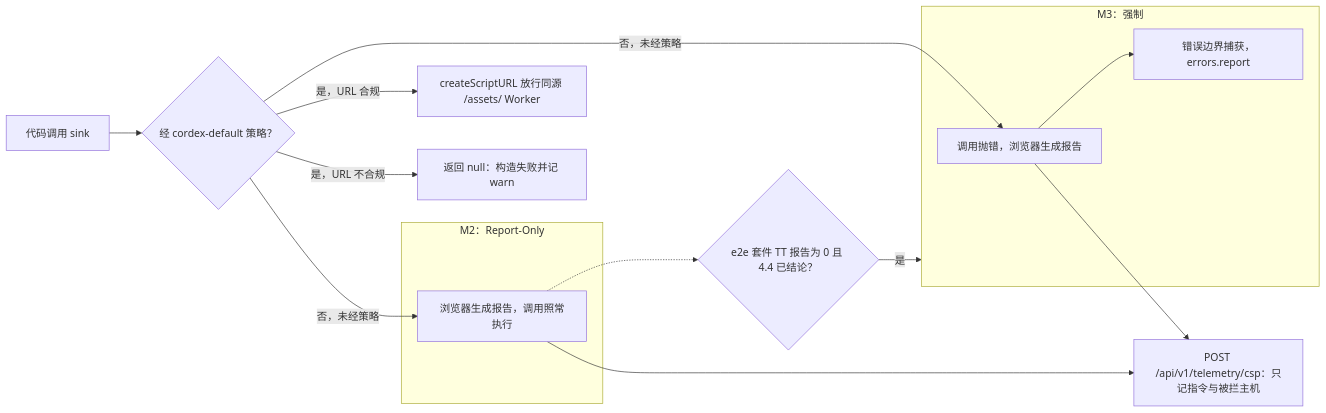
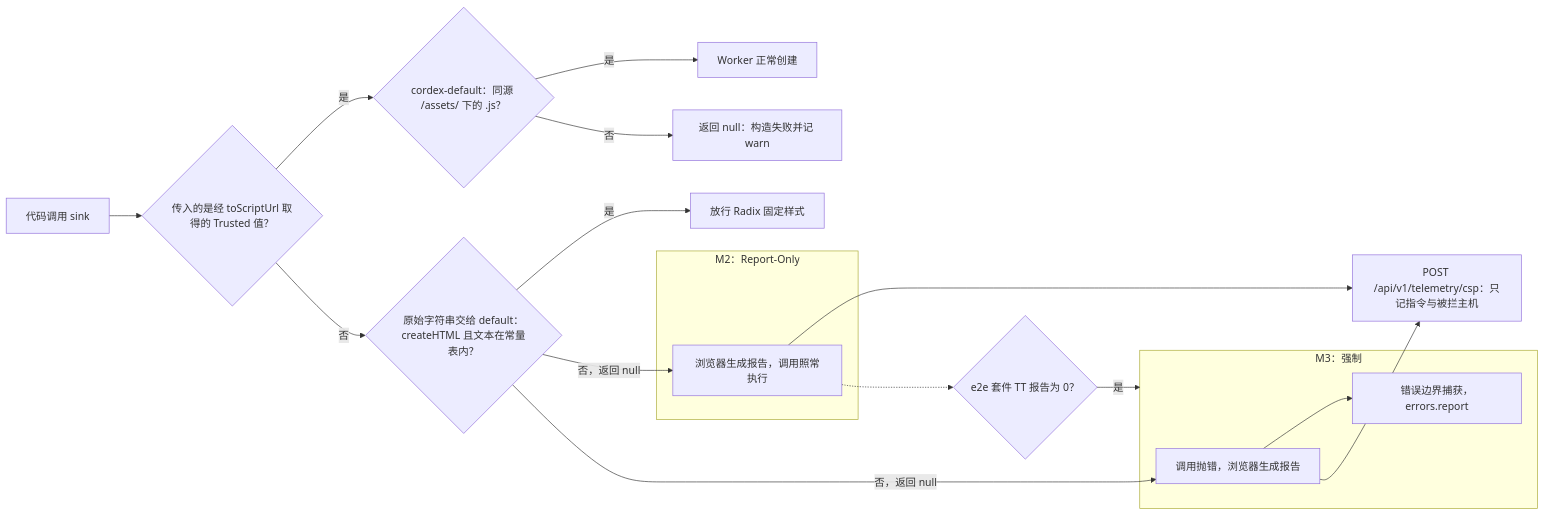
Before and after one commit to Xeonice/cordis-ppt-editor: the third of 5 diagrams in docs/50-frontend/14-client-security.md, drawn with Mermaid. The commit also changed other lines of this file and 31 other files, not shown here.

````diff
--- a/docs/50-frontend/14-client-security.md
+++ b/docs/50-frontend/14-client-security.md
@@ -293,26 +302,32 @@
 ```mermaid
 flowchart LR
   code["代码调用 sink"]
-  policy{"经 cordex-default 策略？"}
-  ok["createScriptURL 放行同源 /assets/ Worker"]
+  typed{"传入的是经 toScriptUrl 取得的 Trusted 值？"}
+  cd{"cordex-default：同源 /assets/ 下的 .js？"}
+  ok["Worker 正常创建"]
   none["返回 null：构造失败并记 warn"]
+  dflt{"原始字符串交给 default：createHTML 且文本在常量表内？"}
+  okd["放行 Radix 固定样式"]
   subgraph m2["M2：Report-Only"]
     rep2["浏览器生成报告，调用照常执行"]
   end
   subgraph m3["M3：强制"]
     rep3["调用抛错，浏览器生成报告"]
     boundary["错误边界捕获，errors.report"]
   end
   endpoint["POST /api/v1/telemetry/csp：只记指令与被拦主机"]
-  gate{"e2e 套件 TT 报告为 0 且 4.4 已结论？"}
-  code --> policy
-  policy -->|"是，URL 合规"| ok
-  policy -->|"是，URL 不合规"| none
-  policy -->|"否，未经策略"| rep2
-  policy -->|"否，未经策略"| rep3
+  gate{"e2e 套件 TT 报告为 0？"}
+  code --> typed
+  typed -->|"是"| cd
+  cd -->|"是"| ok
+  cd -->|"否"| none
+  typed -->|"否"| dflt
+  dflt -->|"是"| okd
+  dflt -->|"否，返回 null"| rep2
+  dflt -->|"否，返回 null"| rep3
   rep3 --> boundary
   rep2 --> endpoint
   rep3 --> endpoint
   rep2 -.-> gate
   gate -->|"是"| m3
 ```
````
